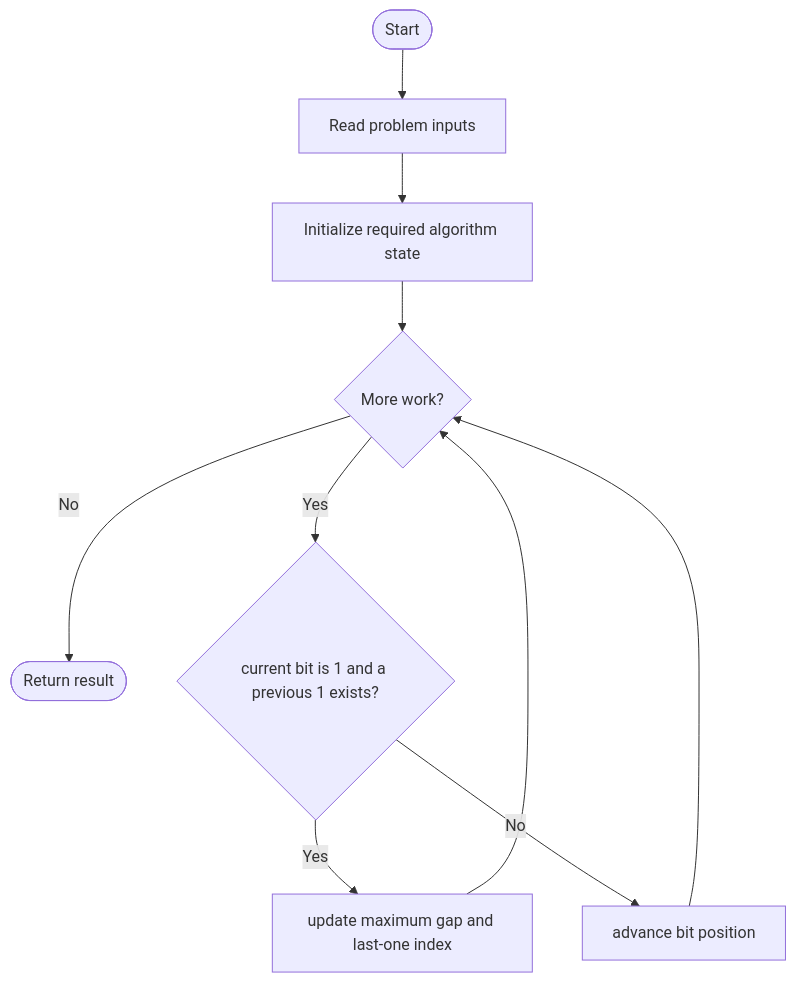
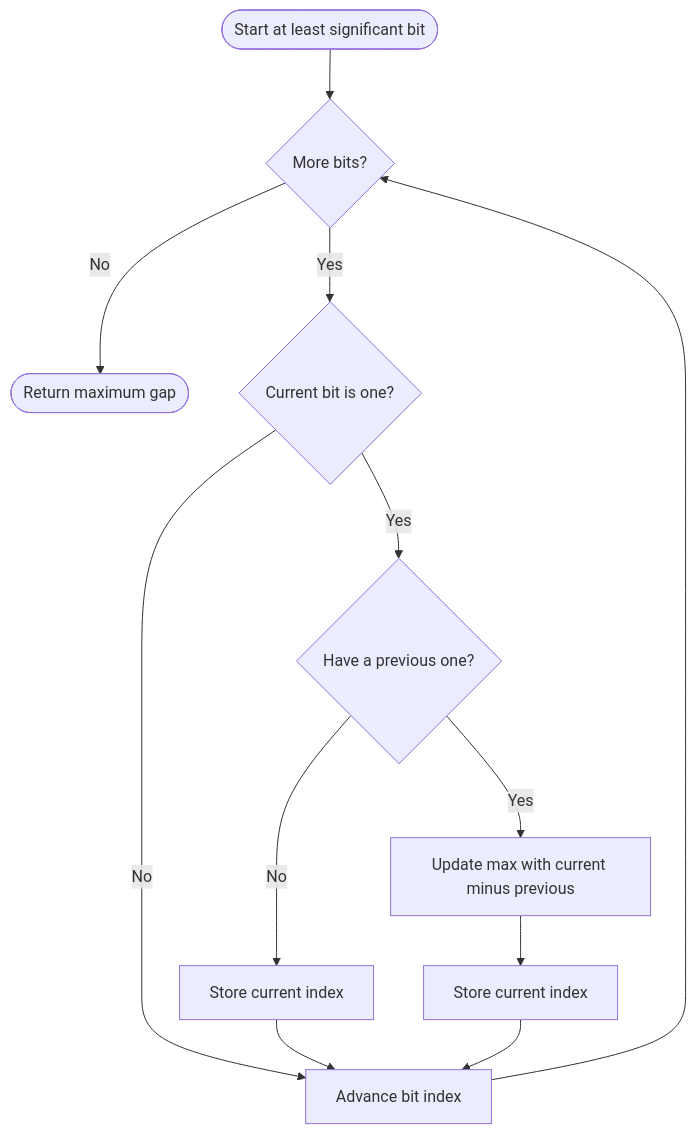
One commit to SAIDEEPBHANGE/C-CPP-Codes changed the diagram in LeetCode/868/README.md. Above: the diagram before and after it, drawn with Mermaid. The commit also changed other lines of this file and 196 other files, not shown here.

````diff
--- a/LeetCode/868/README.md
+++ b/LeetCode/868/README.md
@@ -13,12 +37,14 @@
 ```mermaid
 flowchart TD
-    A([Start]) --> B[Read problem inputs]
-    B --> C[Initialize required algorithm state]
-    C --> D{More work?}
-    D -- No --> Z([Return result])
-    D -- Yes --> E{current bit is 1 and a previous 1 exists?}
-    E -- Yes --> F[update maximum gap and last-one index]
-    E -- No --> G[advance bit position]
-    F --> D
+    A([Start at least significant bit]) --> B{More bits?}
+    B -- No --> E([Return maximum gap])
+    B -- Yes --> C{Current bit is one?}
+    C -- No --> D[Advance bit index]
+    C -- Yes --> F{Have a previous one?}
+    F -- No --> G[Store current index]
+    F -- Yes --> H[Update max with current minus previous]
+    H --> I[Store current index]
     G --> D
+    I --> D
+    D --> B
 ```
````
